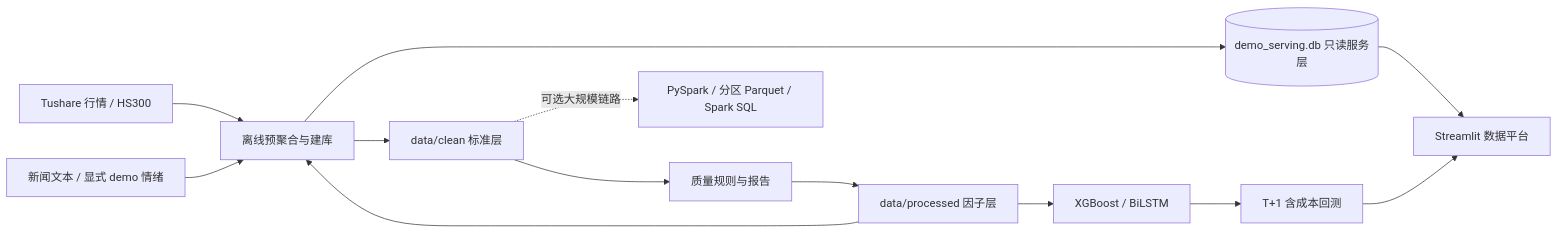
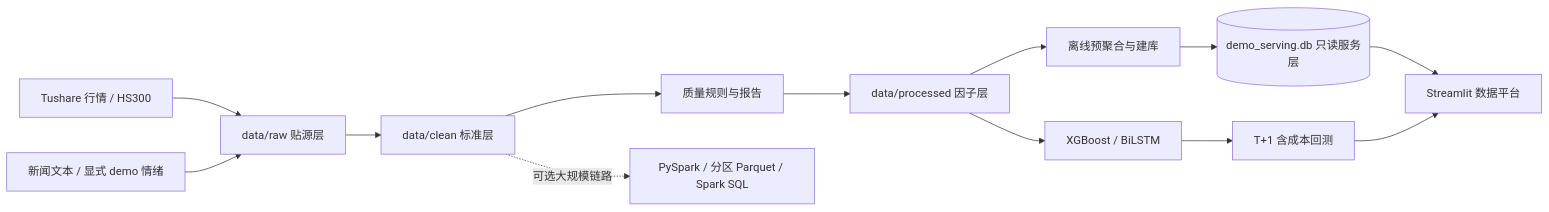
One commit to duerm85-cell/data-analysis-portfolio changed the diagram in projects/01-a-stock-quant-analysis/README.md. Above: the diagram before and after it, drawn with Mermaid. The commit also changed other lines of this file and 27 other files, not shown here.

````diff
--- a/projects/01-a-stock-quant-analysis/README.md
+++ b/projects/01-a-stock-quant-analysis/README.md
@@ -65,15 +65,15 @@
 ```mermaid
 flowchart LR
     A[Tushare 行情 / HS300] --> B[data/raw 贴源层]
     N[新闻文本 / 显式 demo 情绪] --> B
     B --> C[data/clean 标准层]
     C --> Q[质量规则与报告]
     Q --> D[data/processed 因子层]
-    D --> B[离线预聚合与建库]
-    B --> S[(demo_serving.db 只读服务层)]
+    D --> E[离线预聚合与建库]
+    E --> S[(demo_serving.db 只读服务层)]
     D --> M[XGBoost / BiLSTM]
     M --> T[T+1 含成本回测]
     S --> V[Streamlit 数据平台]
     T --> V
     C -. 可选大规模链路 .-> P[PySpark / 分区 Parquet / Spark SQL]
 ```
````
